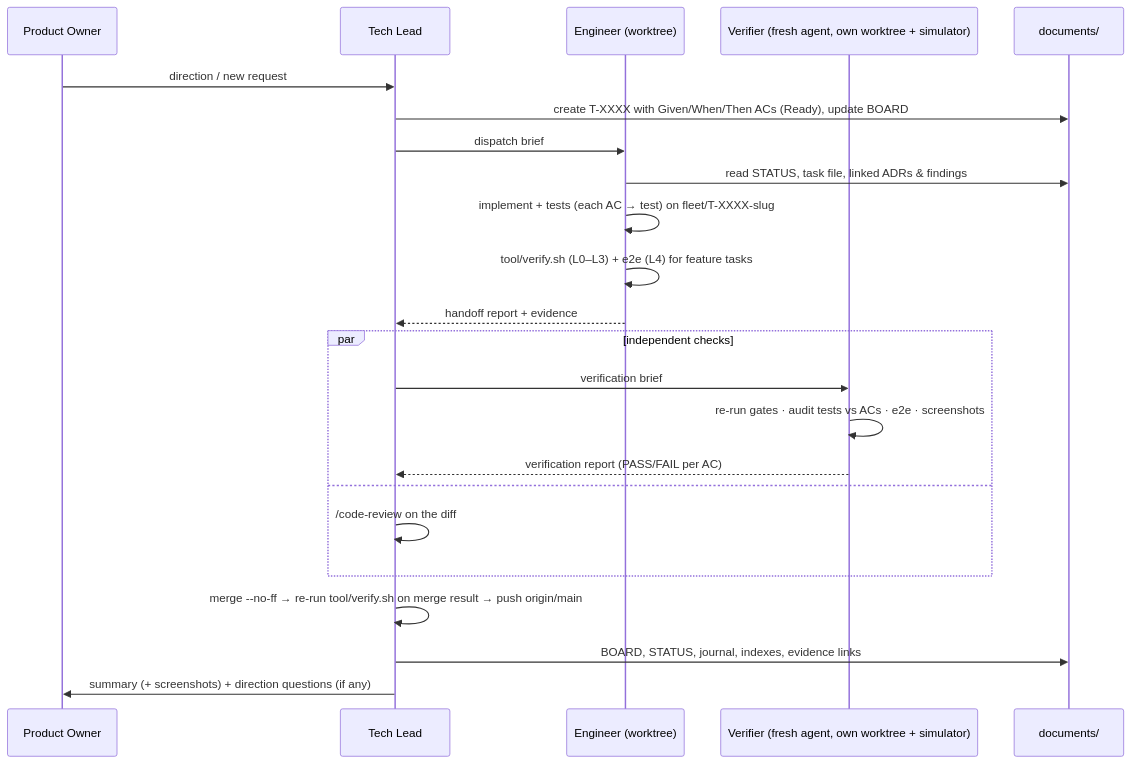
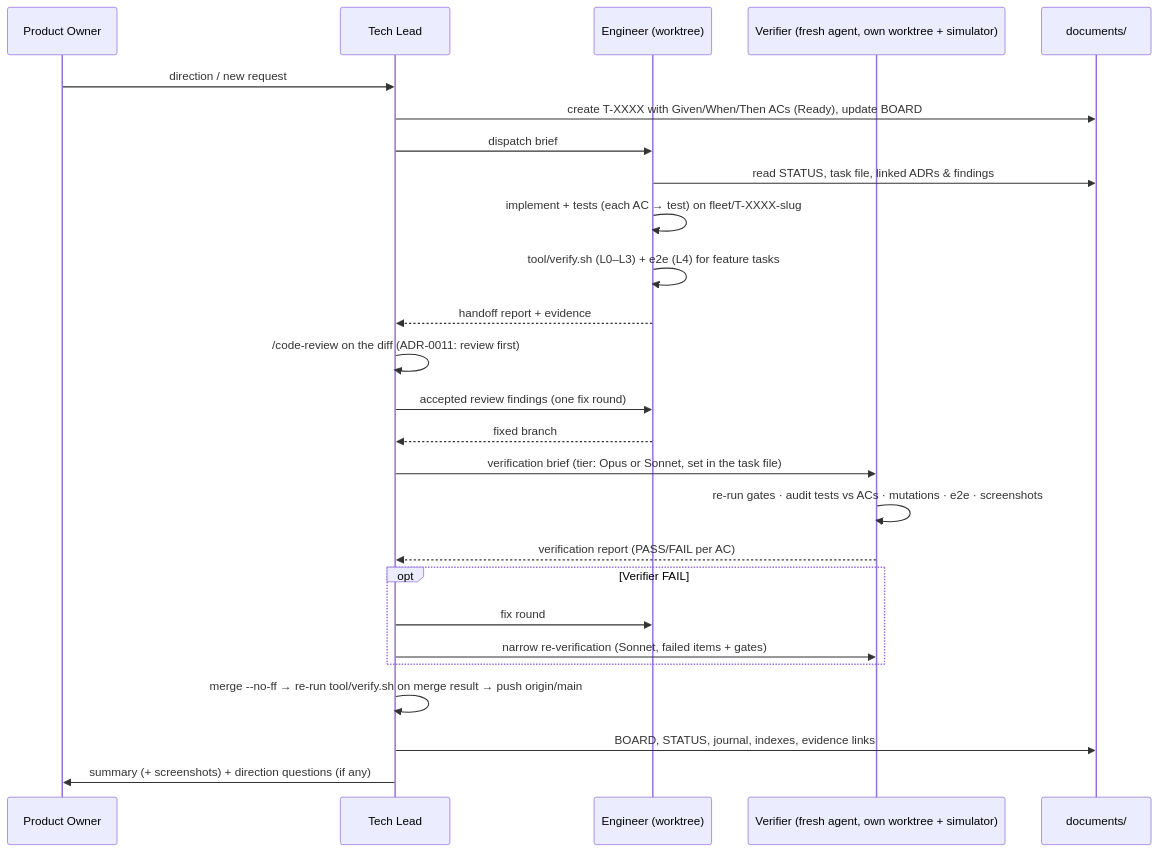
Before and after one commit to emiliev/mini-client-application: the second of 2 diagrams in documents/fleet/protocol.md, drawn with Mermaid. The commit also changed other lines of this file and 5 other files, not shown here.

Commit message:
ADR-0011: Crew model tiers and code review before verification

````diff
--- a/documents/fleet/protocol.md
+++ b/documents/fleet/protocol.md
@@ -23,25 +23,28 @@
 ```mermaid
 sequenceDiagram
     participant PO as Product Owner
     participant TL as Tech Lead
     participant E as Engineer (worktree)
     participant V as Verifier (fresh agent, own worktree + simulator)
     participant D as documents/
     PO->>TL: direction / new request
     TL->>D: create T-XXXX with Given/When/Then ACs (Ready), update BOARD
     TL->>E: dispatch brief
     E->>D: read STATUS, task file, linked ADRs & findings
     E->>E: implement + tests (each AC → test) on fleet/T-XXXX-slug
     E->>E: tool/verify.sh (L0–L3) + e2e (L4) for feature tasks
     E-->>TL: handoff report + evidence
-    par independent checks
-        TL->>V: verification brief
-        V->>V: re-run gates · audit tests vs ACs · e2e · screenshots
-        V-->>TL: verification report (PASS/FAIL per AC)
-    and
-        TL->>TL: /code-review on the diff
+    TL->>TL: /code-review on the diff (ADR-0011: review first)
+    TL->>E: accepted review findings (one fix round)
+    E-->>TL: fixed branch
+    TL->>V: verification brief (tier: Opus or Sonnet, set in the task file)
+    V->>V: re-run gates · audit tests vs ACs · mutations · e2e · screenshots
+    V-->>TL: verification report (PASS/FAIL per AC)
+    opt Verifier FAIL
+        TL->>E: fix round
+        TL->>V: narrow re-verification (Sonnet, failed items + gates)
     end
     TL->>TL: merge --no-ff → re-run tool/verify.sh on merge result → push origin/main
     TL->>D: BOARD, STATUS, journal, indexes, evidence links
     TL->>PO: summary (+ screenshots) + direction questions (if any)
 ```
````
